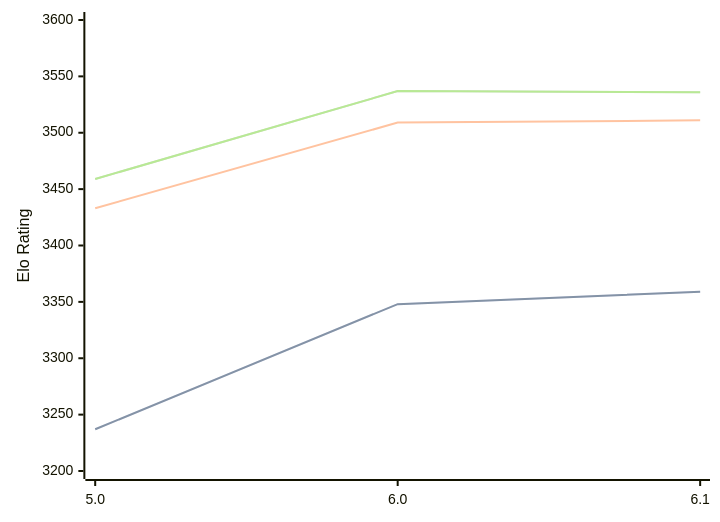
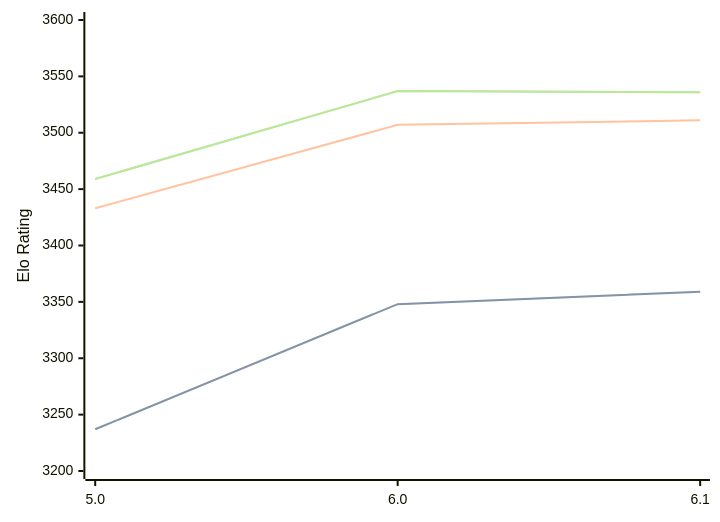
One commit to computer-chess-index/cci changed the diagram in engines/Starzix.md. Above: the diagram before and after it, drawn with Mermaid. The commit also changed other lines of this file, not shown here.

````diff
--- a/engines/Starzix.md
+++ b/engines/Starzix.md
@@ -35,11 +37,11 @@
 ```mermaid
 %%{init: {"theme":"base","themeVariables":{"seriesColors:['#a3a3a3','#222221','#faa371']}}}%%
 xychart-beta
   x-axis ["5.0", "6.0", "6.1"]
   y-axis "Elo Rating" 3200 --> 3600
   line "STC (8.0+0.08s)" [3237, 3348, 3359]
   line "STC (8.0+0.08s)" [3237, 3348, 3359]
-  line "LTC (60.0+0.60s)" [3433, 3509, 3511]
+  line "LTC (60.0+0.60s)" [3433, 3507, 3511]
   line "VLTC (2m24s+1.12s)" [3459, 3537, 3536]
   line "VLTC (2m24s+1.12s)" [3459, 3537, 3536]
 ```
````
